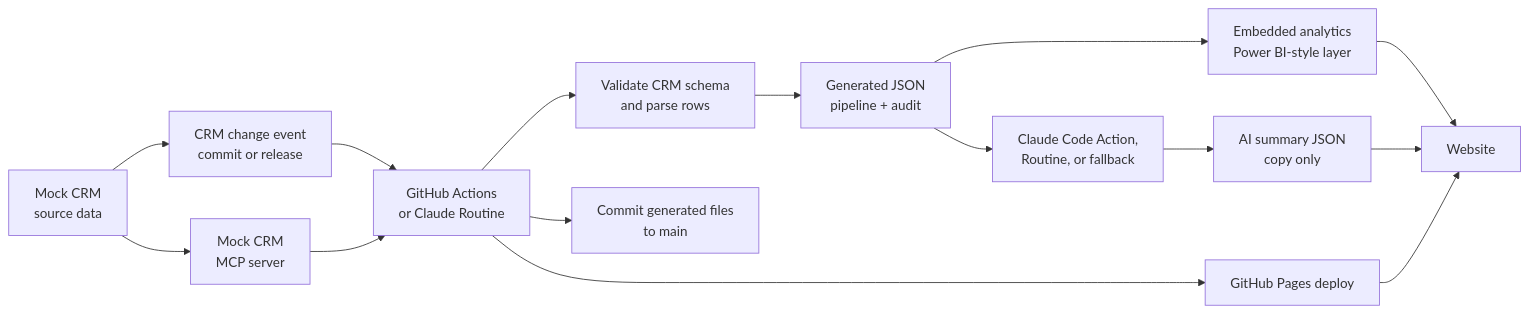
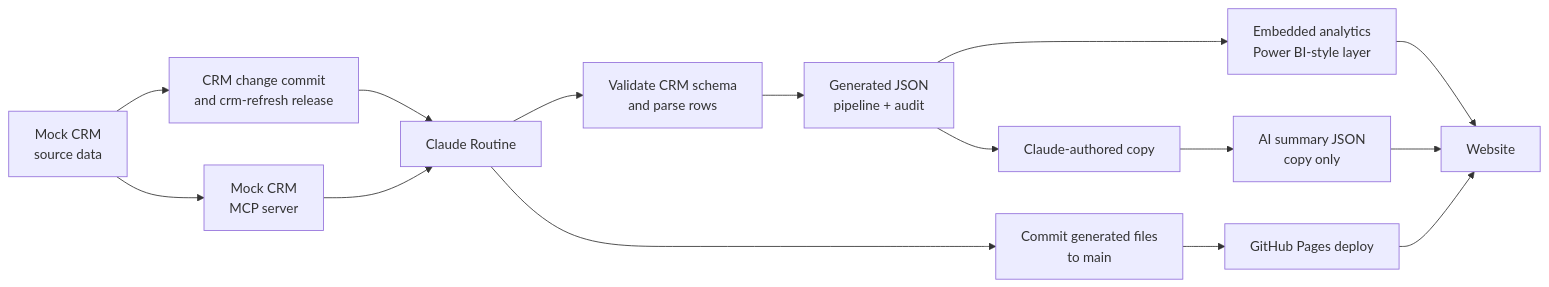
The diagram in docs/architecture.md (jacklandis29/crm-to-web-flow-test), drawn with Mermaid before and after one commit. The commit also changed other lines of this file and 6 other files, not shown here.

Commit message:
Make Claude Routine the sole CRM refresh path

````diff
--- a/docs/architecture.md
+++ b/docs/architecture.md
@@ -3,17 +3,17 @@
 ```mermaid
 flowchart LR
   CRM["Mock CRM\nsource data"] --> MCP["Mock CRM\nMCP server"]
-  CRM --> Event["CRM change event\ncommit or release"]
-  Event --> Action["GitHub Actions\nor Claude Routine"]
+  CRM --> Event["CRM change commit\nand crm-refresh release"]
+  Event --> Action["Claude Routine"]
   MCP --> Action
   Action --> Validate["Validate CRM schema\nand parse rows"]
   Validate --> JSON["Generated JSON\npipeline + audit"]
-  JSON --> AI["Claude Code Action,\nRoutine, or fallback"]
+  JSON --> AI["Claude-authored copy"]
   AI --> Copy["AI summary JSON\ncopy only"]
   JSON --> BI["Embedded analytics\nPower BI-style layer"]
   BI --> Site["Website"]
   Copy --> Site
   Action --> Main["Commit generated files\nto main"]
-  Action --> Pages["GitHub Pages deploy"]
+  Main --> Pages["GitHub Pages deploy"]
   Pages --> Site
 ```
````
